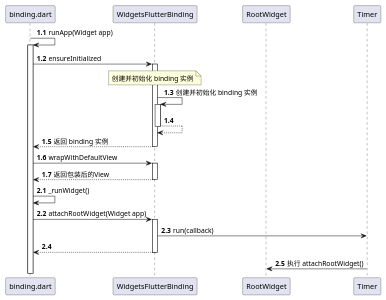
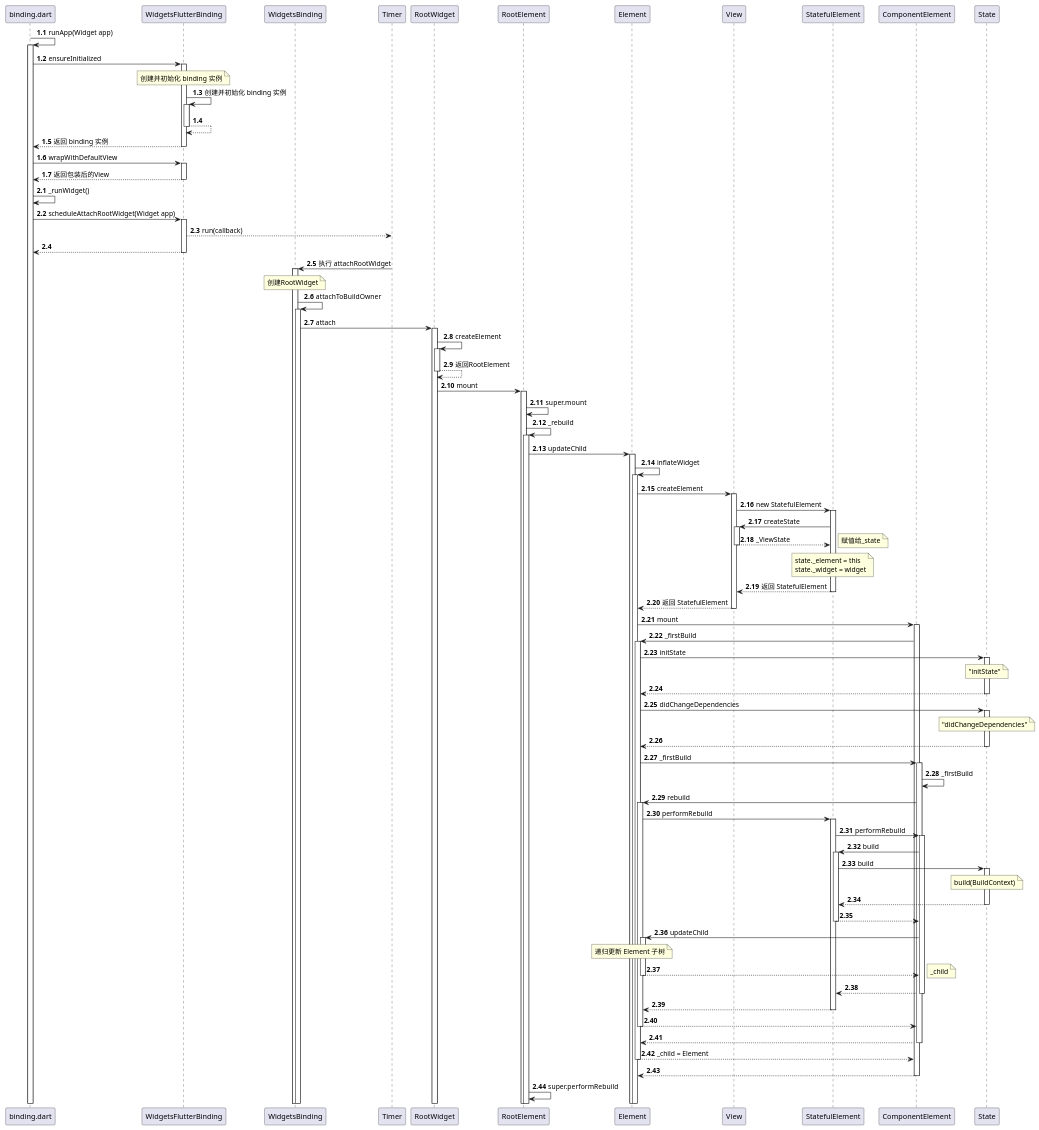
Before and after one commit to Zivwu/uml: the diagram in flutter/run_app_sequence.puml, drawn with PlantUML.

Commit message:
[flutter] zelos mvvm class

```diff
--- a/flutter/run_app_sequence.puml
+++ b/flutter/run_app_sequence.puml
@@ -1,29 +1,87 @@
 @startuml
-
+!pragma layout smetana
 
 participant binding.dart as main
 participant WidgetsFlutterBinding
+participant WidgetsBinding
+participant Timer
 participant RootWidget
+participant RootElement
+participant Element
 
 autonumber 1.1
 main -> main ++ : runApp(Widget app)
 main -> WidgetsFlutterBinding ++ : ensureInitialized
 
 note over WidgetsFlutterBinding : 创建并初始化 binding 实例
 WidgetsFlutterBinding -> WidgetsFlutterBinding ++: 创建并初始化 binding 实例
 return
 return 返回 binding 实例
 
 
 main -> WidgetsFlutterBinding ++ : wrapWithDefaultView
 return 返回包装后的View
 
 autonumber 2.1
 main -> main :_runWidget()
-main -> WidgetsFlutterBinding ++ : attachRootWidget(Widget app)
-WidgetsFlutterBinding -> Timer : run(callback)
+main -> WidgetsFlutterBinding ++ : scheduleAttachRootWidget(Widget app)
+WidgetsFlutterBinding --> Timer : run(callback)
 return
-Timer -> RootWidget : 执行 attachRootWidget()
+Timer -> WidgetsBinding ++: 执行 attachRootWidget
+note over WidgetsBinding : 创建RootWidget
+WidgetsBinding -> WidgetsBinding ++:attachToBuildOwner
+WidgetsBinding -> RootWidget ++:attach
+RootWidget -> RootWidget ++:createElement
+return 返回RootElement
+RootWidget -> RootElement ++:mount
+RootElement -> RootElement :super.mount
+RootElement -> RootElement ++ :_rebuild
+RootElement -> Element  ++ :updateChild
+Element -> Element  ++ :inflateWidget
+
+Element -> View ++ :createElement
+View -> StatefulElement ++ :new StatefulElement
+StatefulElement -> View ++ :createState
+return _ViewState
+note right : 赋值给_state
+note over StatefulElement
+state._element = this
+state._widget = widget
+end note
+return 返回 StatefulElement
+return 返回 StatefulElement
+
+Element -> ComponentElement ++ :mount
+ComponentElement -> Element ++ :_firstBuild
+Element -> State  ++ :initState
+note over State  :"initState"
+return
+Element -> State  ++ :didChangeDependencies
+note over State  :"didChangeDependencies"
+return
+Element -> ComponentElement ++ :_firstBuild
+ComponentElement -> ComponentElement  :_firstBuild
+ComponentElement -> Element  ++ :rebuild
+Element -> StatefulElement  ++ :performRebuild
+StatefulElement -> ComponentElement  ++ :performRebuild
+ComponentElement -> StatefulElement  ++ :build
+StatefulElement -> State  ++ :build
+note over  State : build(BuildContext)
+return
+return
+ComponentElement -> Element  ++ :updateChild
+note over Element : 递归更新 Element 子树
+return
+note right  : _child
+
+return
+return
+return
+return
 
 
+
+return _child = Element
+return
+RootElement -> RootElement :super.performRebuild
 @enduml
```
